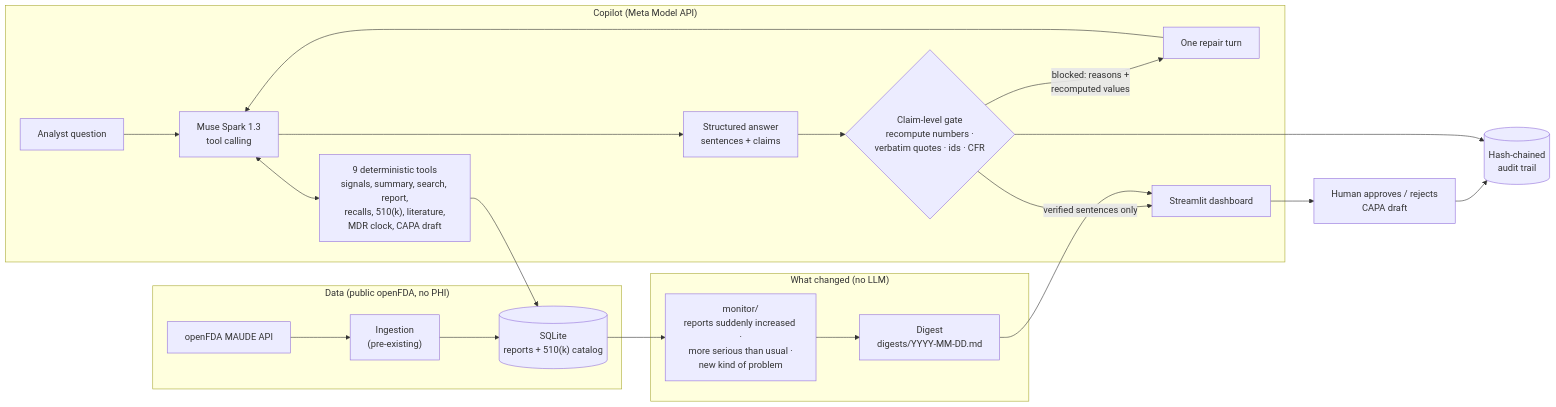
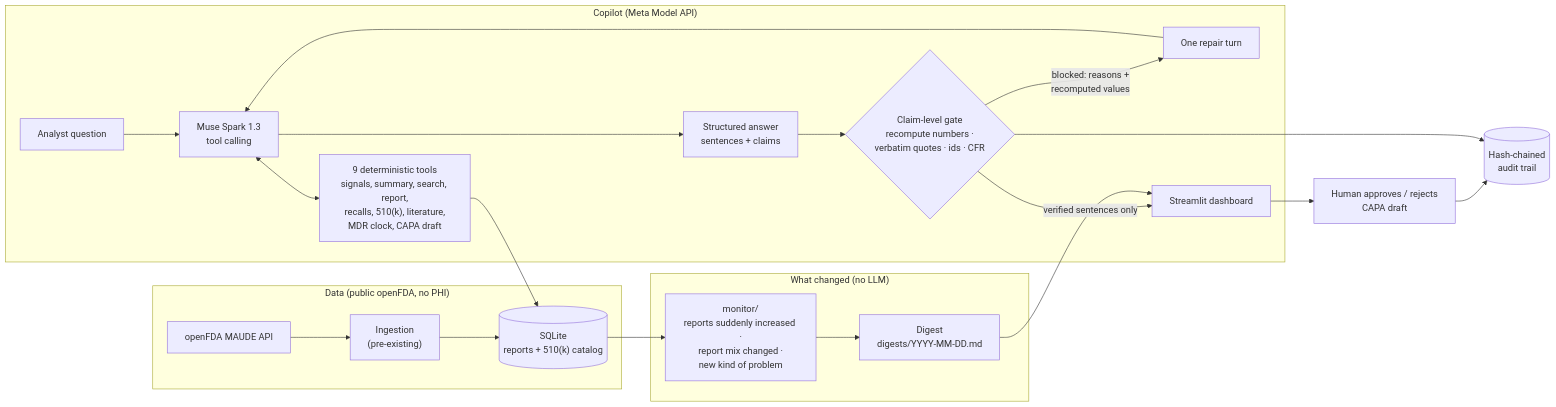
The diagram in docs/architecture.mmd (kondapallysaicharan63-bot/maudesignal), drawn with Mermaid before and after one commit. The commit also changed 74 other files, not shown here.

First line of the commit message:
fix(wording): 'more serious than usual' renamed to 'Report mix changed' everywhere

```diff
--- a/docs/architecture.mmd
+++ b/docs/architecture.mmd
@@ -1,26 +1,26 @@
 flowchart LR
     subgraph data["Data (public openFDA, no PHI)"]
         FDA["openFDA MAUDE API"] --> ING["Ingestion<br/>(pre-existing)"]
         ING --> DB[("SQLite<br/>reports + 510(k) catalog")]
     end
 
     subgraph changes["What changed (no LLM)"]
-        DB --> MON["monitor/<br/>reports suddenly increased ·<br/>more serious than usual ·<br/>new kind of problem"]
+        DB --> MON["monitor/<br/>reports suddenly increased ·<br/>report mix changed ·<br/>new kind of problem"]
         MON --> DIG["Digest<br/>digests/YYYY-MM-DD.md"]
     end
 
     subgraph copilot["Copilot (Meta Model API)"]
         Q["Analyst question"] --> SPARK["Muse Spark 1.3<br/>tool calling"]
         SPARK <--> TOOLS["9 deterministic tools<br/>signals, summary, search, report,<br/>recalls, 510(k), literature,<br/>MDR clock, CAPA draft"]
         TOOLS --> DB
         SPARK --> ANS["Structured answer<br/>sentences + claims"]
         ANS --> GATE{"Claim-level gate<br/>recompute numbers ·<br/>verbatim quotes · ids · CFR"}
         GATE -- "blocked: reasons +<br/>recomputed values" --> REPAIR["One repair turn"]
         REPAIR --> SPARK
         GATE -- "verified sentences only" --> UI["Streamlit dashboard"]
     end
 
     DIG --> UI
     UI --> ACT["Human approves / rejects<br/>CAPA draft"]
     ACT --> AUDIT[("Hash-chained<br/>audit trail")]
     GATE --> AUDIT
```
